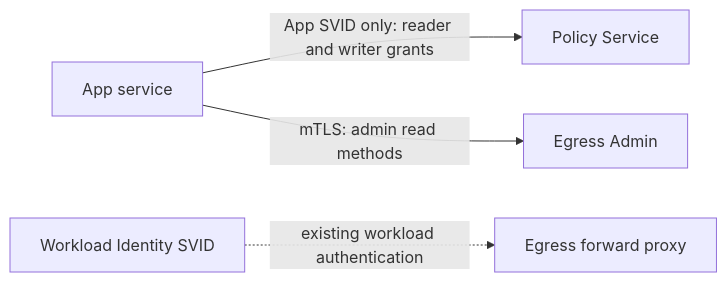
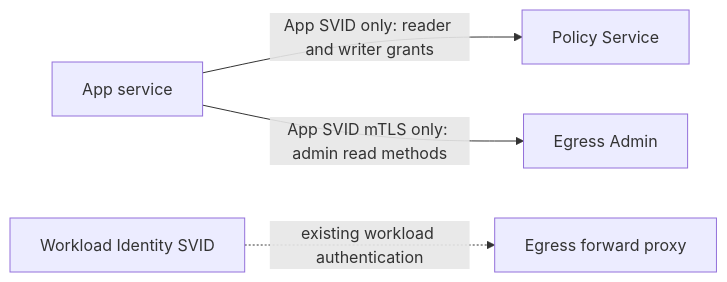
Diagram 15 of 18 in agentplane/docs/system_overview.md (agentydragon/ducktape), drawn with Mermaid before and after one commit. The commit also changed other lines of this file and 18 other files, not shown here.

Commit message:
Retire Egress Admin bearer authentication

````diff
--- a/agentplane/docs/system_overview.md
+++ b/agentplane/docs/system_overview.md
@@ -811,6 +811,6 @@
 ```mermaid
 flowchart LR
     app[App service] -->|App SVID only: reader and writer grants| policy[Policy Service]
-    app -->|mTLS: admin read methods| admin[Egress Admin]
+    app -->|App SVID mTLS only: admin read methods| admin[Egress Admin]
     workload[Workload Identity SVID] -.->|existing workload authentication| proxy[Egress forward proxy]
 ```
````
